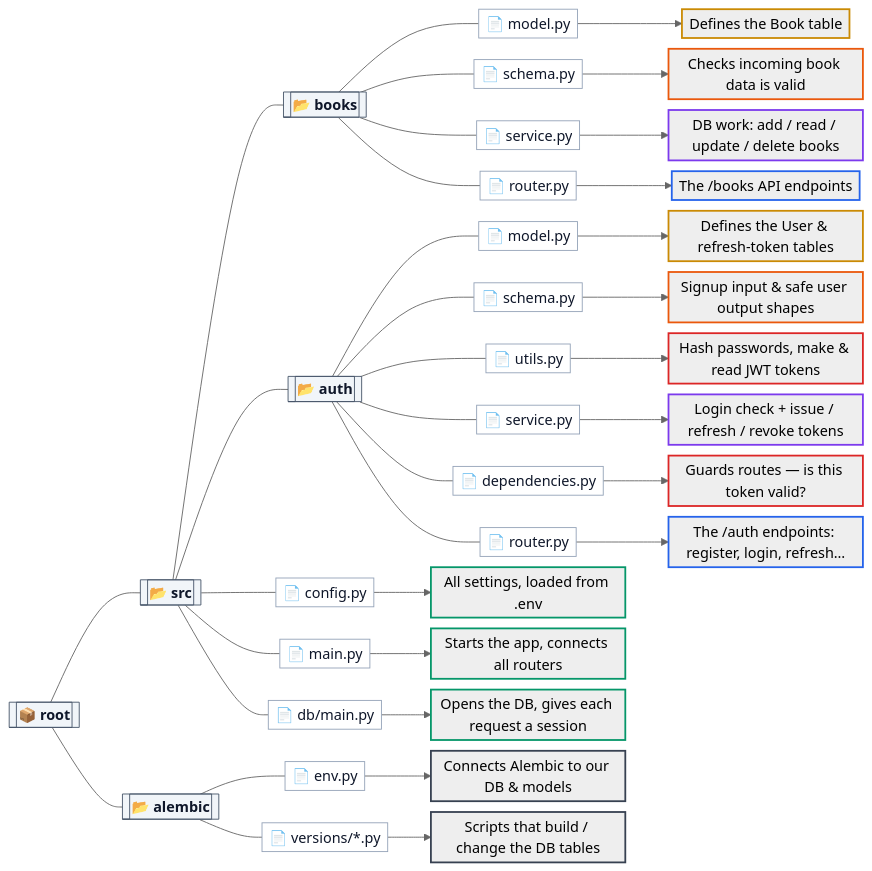
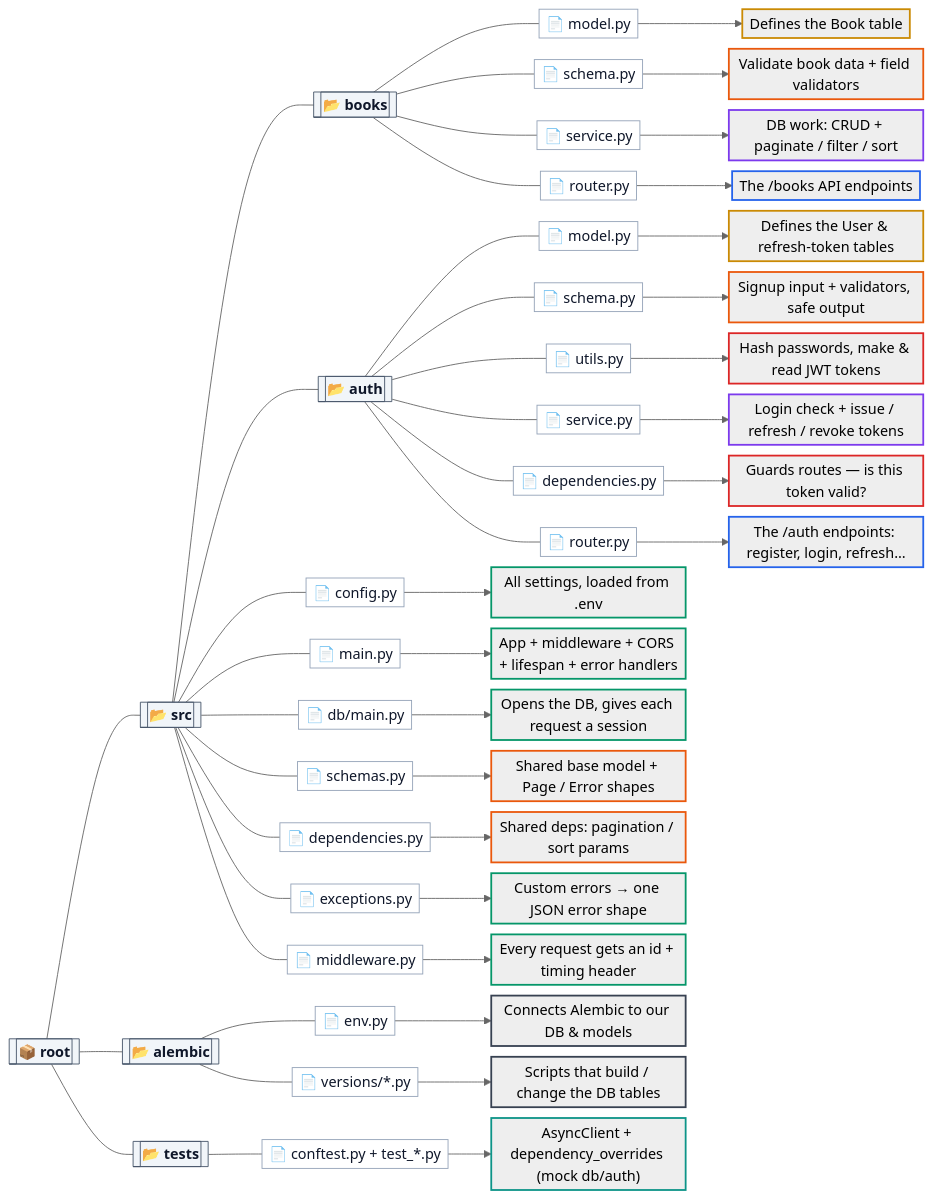
Before and after one commit to skfaysal/fastapi-boilerplate: the diagram in docs/boilerplate_guide.md, drawn with Mermaid. The commit also changed other lines of this file and 20 other files, not shown here.

First line of the commit message:
step5: Add production-shaped concerns (validation, errors, middleware, lifespan, pagination, tests)

````diff
--- a/docs/boilerplate_guide.md
+++ b/docs/boilerplate_guide.md
@@ -46,15 +49,21 @@
     BOOKSDIR[["📂 books"]]
     AUTHDIR[["📂 auth"]]
     ALEDIR[["📂 alembic"]]
-    ROOT --- SRC & ALEDIR
-    SRC --- CFG & MAIN & DBMAIN & BOOKSDIR & AUTHDIR
+    TESTSDIR[["📂 tests"]]
+    ROOT --- SRC & ALEDIR & TESTSDIR
+    SRC --- CFG & MAIN & DBMAIN & SCHEMAS & DEPS & EXC & MW & BOOKSDIR & AUTHDIR
     BOOKSDIR --- BMODEL & BSCHEMA & BSVC & BROUTER
     AUTHDIR --- AMODEL & ASCHEMA & AUTILS & ASVC & ADEP & AROUTER
     ALEDIR --- ENV & VERS
+    TESTSDIR --- TCONF
 
     CFG["📄 config.py"]
     MAIN["📄 main.py"]
     DBMAIN["📄 db/main.py"]
+    SCHEMAS["📄 schemas.py"]
+    DEPS["📄 dependencies.py"]
+    EXC["📄 exceptions.py"]
+    MW["📄 middleware.py"]
     BMODEL["📄 model.py"]
     BSCHEMA["📄 schema.py"]
     BSVC["📄 service.py"]
@@ -67,18 +76,23 @@
     AROUTER["📄 router.py"]
     ENV["📄 env.py"]
     VERS["📄 versions/*.py"]
+    TCONF["📄 conftest.py + test_*.py"]
 
     CFG --> nCFG["All settings, loaded from .env"]
-    MAIN --> nMAIN["Starts the app, connects all routers"]
+    MAIN --> nMAIN["App + middleware + CORS + lifespan + error handlers"]
     DBMAIN --> nDB["Opens the DB, gives each request a session"]
+    SCHEMAS --> nSC["Shared base model + Page / Error shapes"]
+    DEPS --> nDEP["Shared deps: pagination / sort params"]
+    EXC --> nEXC["Custom errors → one JSON error shape"]
+    MW --> nMW["Every request gets an id + timing header"]
 
     BMODEL --> nBM["Defines the Book table"]
-    BSCHEMA --> nBSC["Checks incoming book data is valid"]
-    BSVC --> nBSV["DB work: add / read / update / delete books"]
+    BSCHEMA --> nBSC["Validate book data + field validators"]
+    BSVC --> nBSV["DB work: CRUD + paginate / filter / sort"]
     BROUTER --> nBR["The /books API endpoints"]
 
     AMODEL --> nAM["Defines the User &amp; refresh-token tables"]
-    ASCHEMA --> nASC["Signup input &amp; safe user output shapes"]
+    ASCHEMA --> nASC["Signup input + validators, safe output"]
     AUTILS --> nAU["Hash passwords, make &amp; read JWT tokens"]
     ASVC --> nASV["Login check + issue / refresh / revoke tokens"]
     ADEP --> nAD["Guards routes — is this token valid?"]
@@ -86,6 +100,7 @@
 
     ENV --> nENV["Connects Alembic to our DB &amp; models"]
     VERS --> nVER["Scripts that build / change the DB tables"]
+    TCONF --> nT["AsyncClient + dependency_overrides (mock db/auth)"]
 
     classDef folder fill:#f1f5f9,stroke:#475569,color:#0f172a,font-weight:bold;
     classDef file   fill:#ffffff,stroke:#94a3b8,color:#0f172a;
@@ -96,14 +111,16 @@
     classDef router stroke:#2563eb,stroke-width:2px;
     classDef sec    stroke:#dc2626,stroke-width:2px;
     classDef mig    stroke:#374151,stroke-width:2px;
+    classDef test   stroke:#0d9488,stroke-width:2px;
 
-    class ROOT,SRC,BOOKSDIR,AUTHDIR,ALEDIR folder;
-    class CFG,MAIN,DBMAIN,BMODEL,BSCHEMA,BSVC,BROUTER,AMODEL,ASCHEMA,AUTILS,ASVC,ADEP,AROUTER,ENV,VERS file;
-    class nCFG,nMAIN,nDB entry;
+    class ROOT,SRC,BOOKSDIR,AUTHDIR,ALEDIR,TESTSDIR folder;
+    class CFG,MAIN,DBMAIN,SCHEMAS,DEPS,EXC,MW,BMODEL,BSCHEMA,BSVC,BROUTER,AMODEL,ASCHEMA,AUTILS,ASVC,ADEP,AROUTER,ENV,VERS,TCONF file;
+    class nCFG,nMAIN,nDB,nEXC,nMW entry;
     class nBM,nAM model;
-    class nBSC,nASC schema;
+    class nBSC,nASC,nSC,nDEP schema;
     class nBSV,nASV service;
     class nBR,nAR router;
     class nAU,nAD sec;
     class nENV,nVER mig;
+    class nT test;
 ```
````
